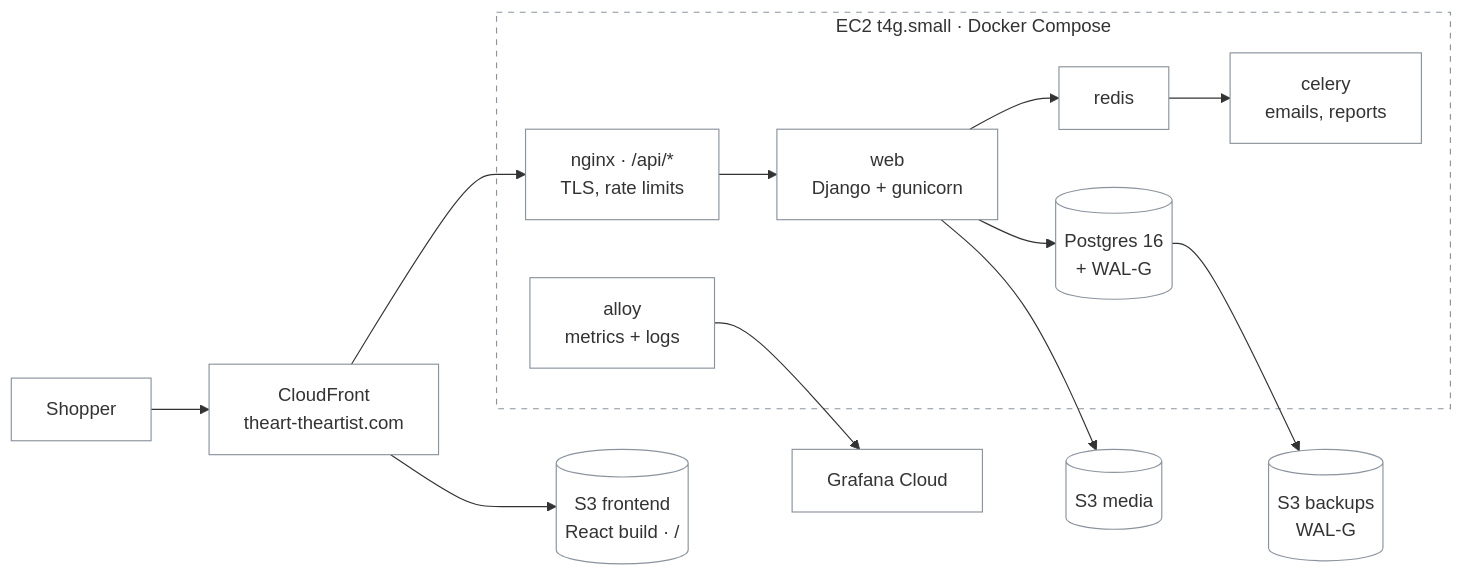
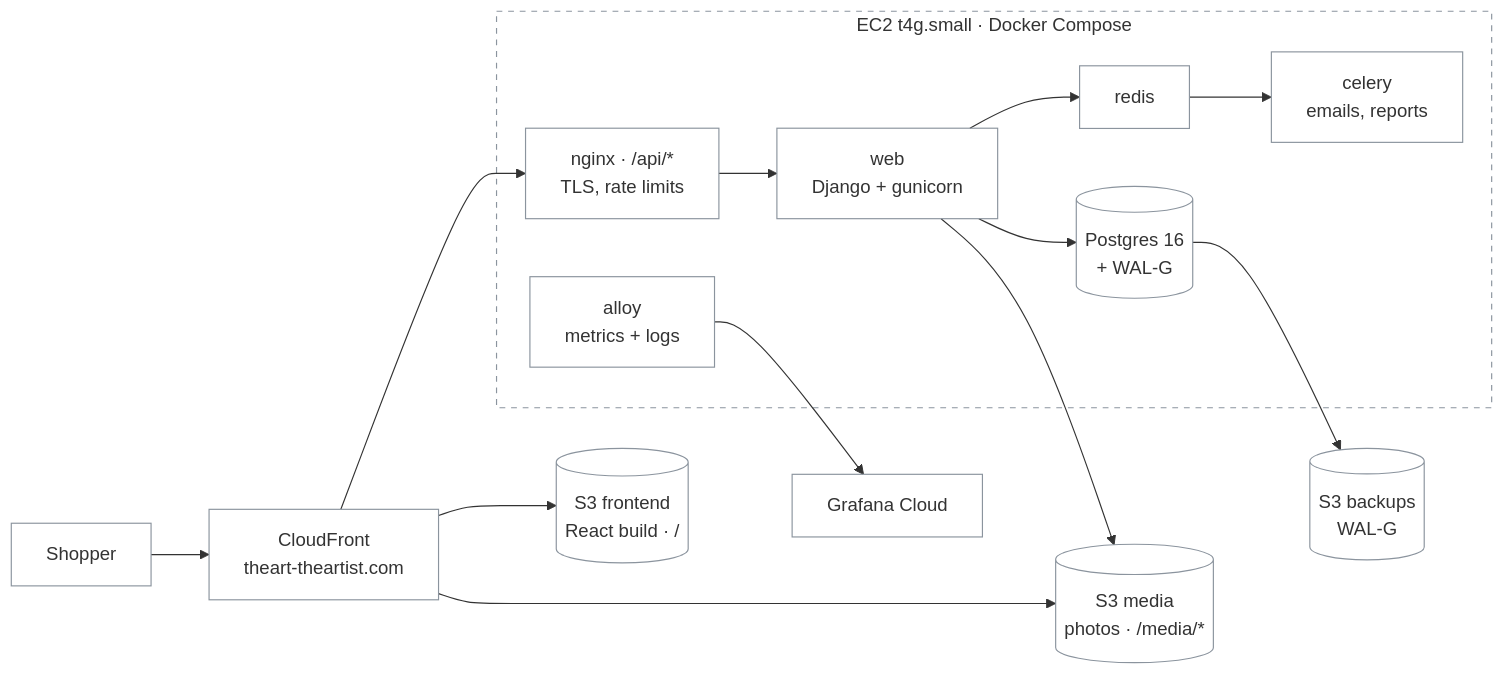
The first of 2 diagrams in docs/devops-overview.md (MateTeam251/brand-clothing-tp251), drawn with Mermaid before and after one commit. The commit also changed other lines of this file and 2 other files, not shown here.

Commit message:
docs: media served through CloudFront; note API pagination host

````diff
--- a/docs/devops-overview.md
+++ b/docs/devops-overview.md
@@ -22,18 +22,19 @@
 ```mermaid
 flowchart LR
     U[Shopper] --> CF[CloudFront<br/>theart-theartist.com]
     CF --> FE[(S3 frontend<br/>React build · /)]
     CF --> NG
     subgraph EC2 ["EC2 t4g.small · Docker Compose"]
         NG[nginx · /api/*<br/>TLS, rate limits] --> WEB[web<br/>Django + gunicorn]
         WEB --> DB[(Postgres 16<br/>+ WAL-G)]
         WEB --> RD[redis] --> CEL[celery<br/>emails, reports]
         AL[alloy<br/>metrics + logs]
     end
-    WEB --> MEDIA[(S3 media)]
+    CF --> MEDIA[(S3 media<br/>photos · /media/*)]
+    WEB --> MEDIA
     DB --> BK[(S3 backups<br/>WAL-G)]
     AL --> GF[Grafana Cloud]
     %% Transparent boxes: readable in GitHub light and dark mode
     classDef default fill:transparent,stroke:#8b949e,stroke-width:1px
     style EC2 fill:transparent,stroke:#8b949e,stroke-dasharray:5 5
 ```
````
